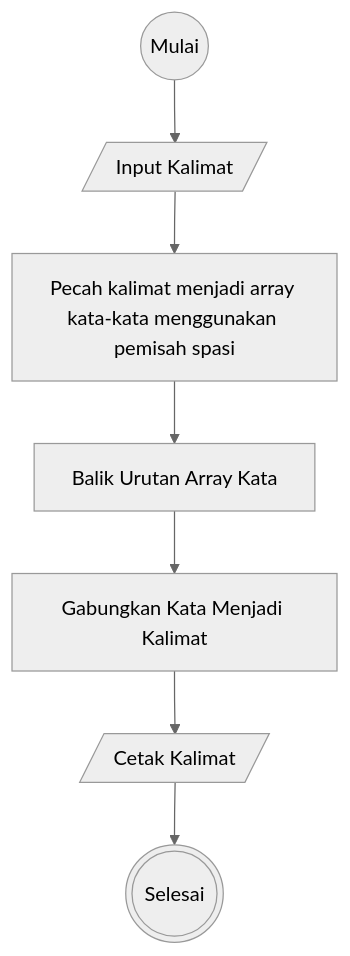
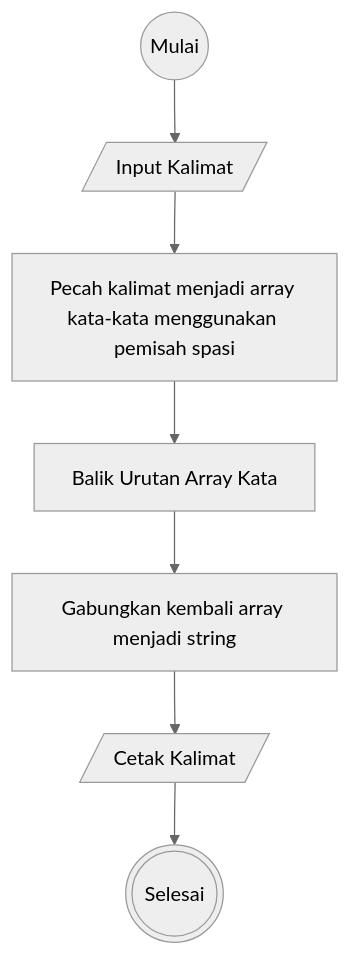
One commit to HN721/fgo24-weeklytask1 changed the second of 2 diagrams in README.md. Above: the diagram before and after it, drawn with Mermaid (neutral theme).

````diff
--- a/README.md
+++ b/README.md
@@ -48,19 +48,19 @@
 ```mermaid
 flowchart TD
     A@{shape: circle,label: "Mulai"}
     B@{shape: lean-r, label: "Input Kalimat"  }
     C@{shape: rectangle, label: "Pecah kalimat menjadi array kata-kata menggunakan pemisah spasi"}
     D@{shape:rectangle, label: "Balik Urutan Array Kata"}
-    E@{shape:rectangle , label: "Gabungkan Kata Menjadi Kalimat"}
+    E@{shape:rectangle , label: "Gabungkan kembali array menjadi string"}
     F@{shape: lean-r , label: "Cetak Kalimat"}
     G@{shape: dbl-circ , label: "Selesai"}
 
     A --> B
     B --> C
     C --> D
     D --> E
     E --> F
     F --> G
 
 
 ```
````
